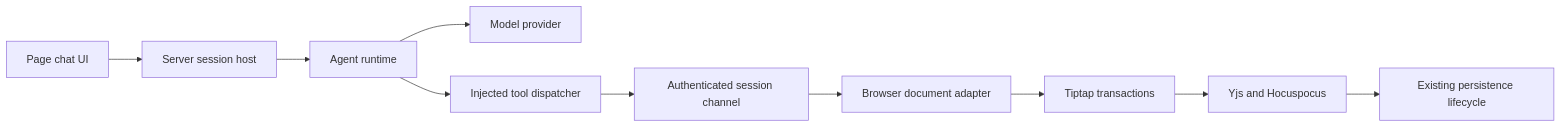
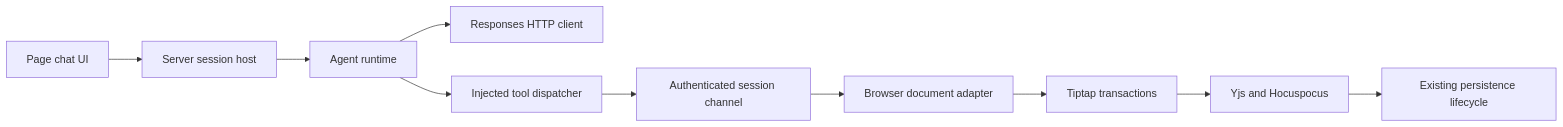
Before and after one commit to lihaozhe013/docmost: the diagram in docs/ai-page-editing.md, drawn with Mermaid. The commit also changed other lines of this file and 13 other files, not shown here.

````diff
--- a/docs/ai-page-editing.md
+++ b/docs/ai-page-editing.md
@@ -107,12 +107,12 @@
 ```mermaid
 flowchart LR
     UI[Page chat UI] --> Host[Server session host]
     Host --> Runtime[Agent runtime]
-    Runtime --> Provider[Model provider]
+    Runtime --> Provider[Responses HTTP client]
     Runtime --> Dispatcher[Injected tool dispatcher]
     Dispatcher --> Bridge[Authenticated session channel]
     Bridge --> Adapter[Browser document adapter]
     Adapter --> Editor[Tiptap transactions]
     Editor --> Yjs[Yjs and Hocuspocus]
     Yjs --> Persistence[Existing persistence lifecycle]
 ```
````
